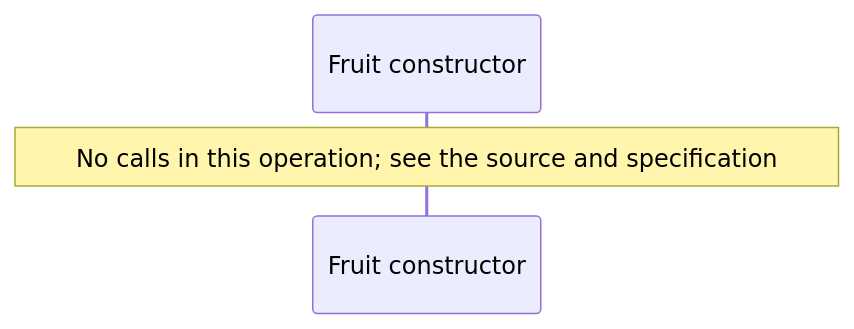
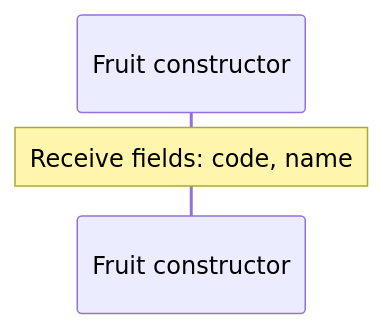
The second of 2 diagrams in docs/examples/approved-design/domain/models-diagrams.md (GreenPandaStudios/augscript), drawn with Mermaid before and after one commit. The commit also changed other lines of this file and 289 other files, not shown here.

Commit message:
Correct diagram control flow and complete generated wiki navigation

````diff
--- a/docs/examples/approved-design/domain/models-diagrams.md
+++ b/docs/examples/approved-design/domain/models-diagrams.md
@@ -39,6 +39,6 @@
 ```mermaid
 sequenceDiagram
     participant p0 as Fruit constructor
 
-    Note over p0: No calls in this operation#59; see the source and specification
+    Note over p0: Receive fields: code, name
 ```
````
